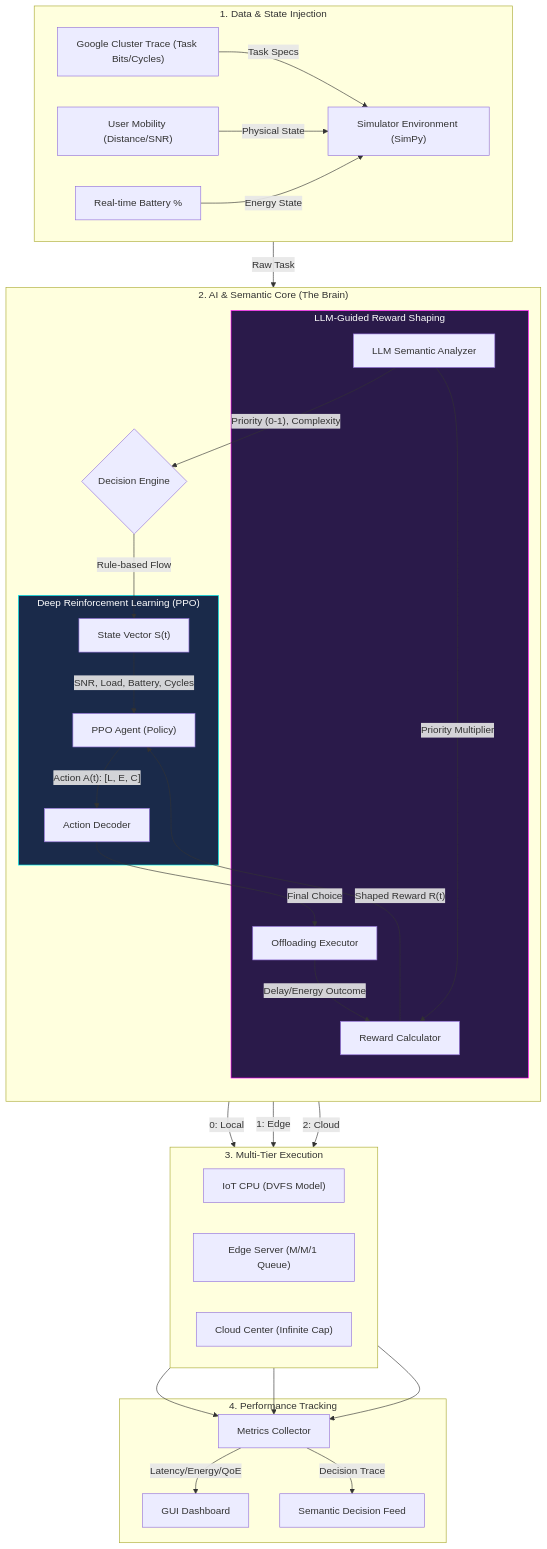
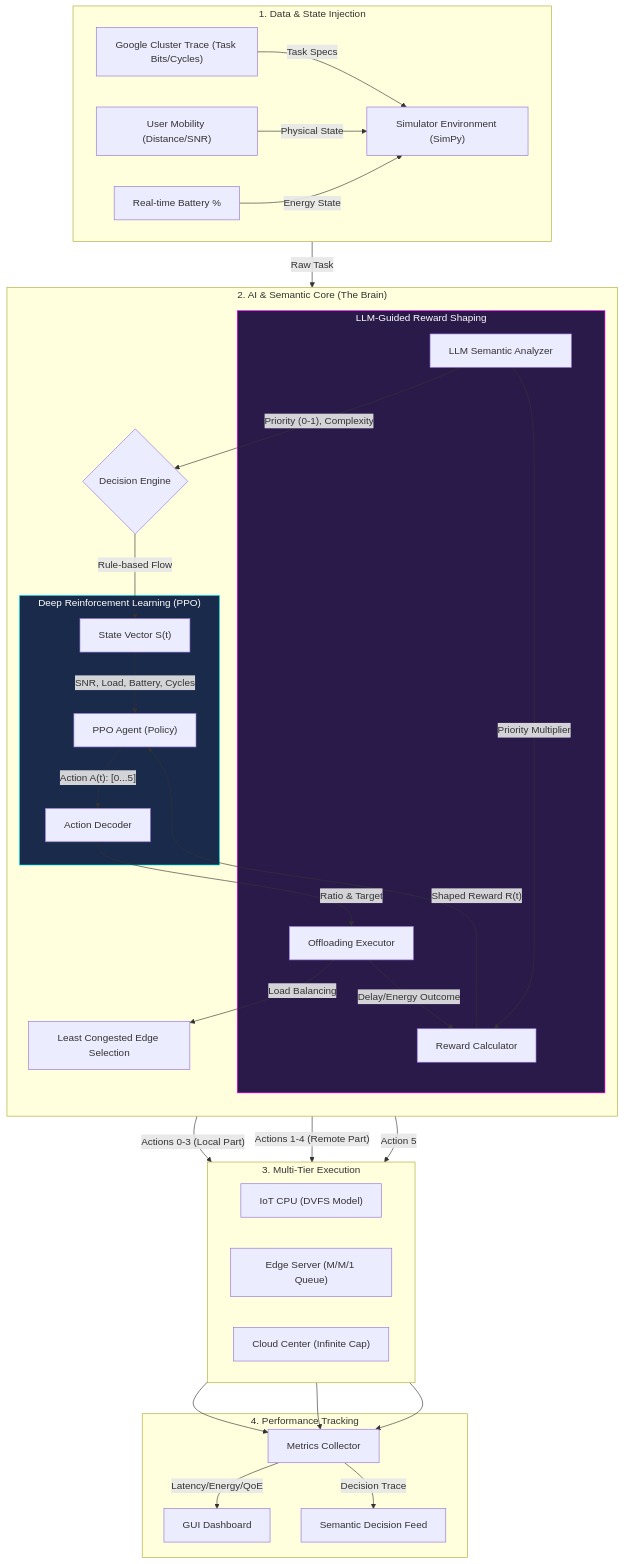
The second of 2 diagrams in doc/roadmap.md (beratkaya61/task-offloading-study), drawn with Mermaid before and after one commit. The commit also changed other lines of this file and 9 other files, not shown here.

````diff
--- a/doc/roadmap.md
+++ b/doc/roadmap.md
@@ -39,46 +43,47 @@
 ```mermaid
 flowchart TD
     subgraph InputLayer ["1. Data & State Injection"]
         direction LR
         A1["Google Cluster Trace (Task Bits/Cycles)"] -->|"Task Specs"| B
         A2["User Mobility (Distance/SNR)"] -->|"Physical State"| B
         A3["Real-time Battery %"] -->|"Energy State"| B
     end
 
     subgraph IntelligenceLayer ["2. AI & Semantic Core (The Brain)"]
         direction TB
         B["Simulator Environment (SimPy)"] -->|"Raw Task"| C["LLM Semantic Analyzer"]
         C -->|"Priority (0-1), Complexity"| D{"Decision Engine"}
         
         subgraph RL_Logic ["Deep Reinforcement Learning (PPO)"]
             E["State Vector S(t)"] -->|"SNR, Load, Battery, Cycles"| F["PPO Agent (Policy)"]
-            F -->|"Action A(t): [L, E, C]"| G["Action Decoder"]
+            F -->|"Action A(t): [0...5]"| G["Action Decoder"]
         end
         
         D -->|"Rule-based Flow"| E
-        G -->|"Final Choice"| H["Offloading Executor"]
+        G -->|"Ratio & Target"| H["Offloading Executor"]
+        H -->|"Load Balancing"| LS["Least Congested Edge Selection"]
         
         subgraph Reward_Shaping ["LLM-Guided Reward Shaping"]
             H -->|"Delay/Energy Outcome"| J["Reward Calculator"]
             C -->|"Priority Multiplier"| J
             J -->|"Shaped Reward R(t)"| F
         end
     end
 
     subgraph InfrastructureLayer ["3. Multi-Tier Execution"]
         direction LR
-        H -- 0: Local --> K["IoT CPU (DVFS Model)"]
-        H -- 1: Edge --> L["Edge Server (M/M/1 Queue)"]
-        H -- 2: Cloud --> M["Cloud Center (Infinite Cap)"]
+        H -- "Actions 0-3 (Local Part)" --> K["IoT CPU (DVFS Model)"]
+        LS -- "Actions 1-4 (Remote Part)" --> L["Edge Server (M/M/1 Queue)"]
+        H -- "Action 5" --> M["Cloud Center (Infinite Cap)"]
     end
 
     subgraph MetricsLayer ["4. Performance Tracking"]
         K & L & M --> N["Metrics Collector"]
         N -->|"Latency/Energy/QoE"| O["GUI Dashboard"]
         N -->|"Decision Trace"| P["Semantic Decision Feed"]
     end
 
     %% Parameter Flow Annotations
     style RL_Logic fill:#1a2a4a,stroke:#00ffff,color:#fff
     style Reward_Shaping fill:#2a1a4a,stroke:#ff00ff,color:#fff
 ```
````
